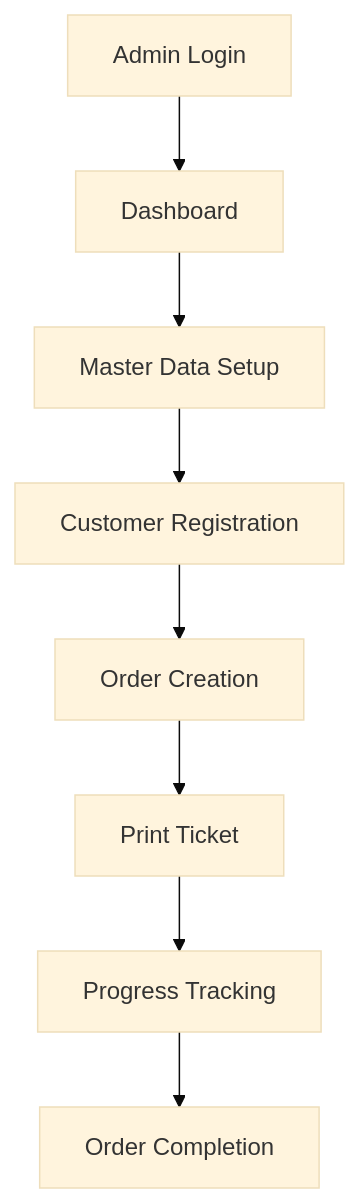
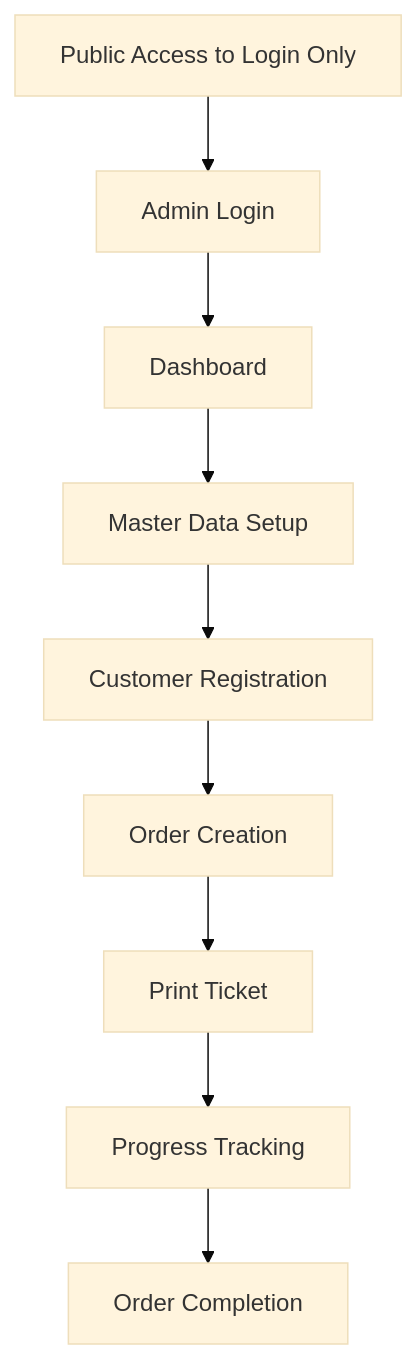
One commit to hoedhub/hsb-yatim changed the diagram in README.md. Above: the diagram before and after it, drawn with Mermaid (base theme). The commit also changed other lines of this file and 15 other files, not shown here.

````diff
--- a/README.md
+++ b/README.md
@@ -129,10 +133,11 @@
 ```mermaid
 graph TD
-    A[Admin Login] --> B[Dashboard]
-    B --> C[Master Data Setup]
-    C --> D[Customer Registration]
-    D --> E[Order Creation]
-    E --> F[Print Ticket]
-    F --> G[Progress Tracking]
-    G --> H[Order Completion]
+    A[Public Access to Login Only] --> B[Admin Login]
+    B --> C[Dashboard]
+    C --> D[Master Data Setup]
+    D --> E[Customer Registration]
+    E --> F[Order Creation]
+    F --> G[Print Ticket]
+    G --> H[Progress Tracking]
+    H --> I[Order Completion]
 ```
````
